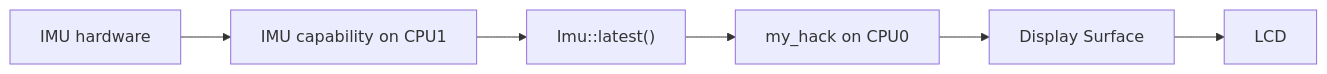
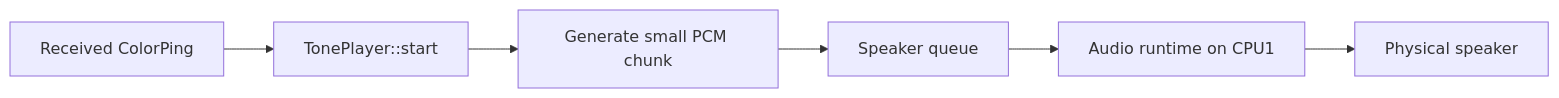
One commit to wackazong/hackandhike-2026 changed diagram 13 of 17 in README.md. Above: the diagram before and after it, drawn with Mermaid. The commit also changed other lines of this file, not shown here.

````diff
--- a/README.md
+++ b/README.md
@@ -1062,8 +1174,8 @@
 ```mermaid
 flowchart LR
-    IMUSensor["IMU hardware"] --> IMURuntime["IMU capability on CPU1"]
-    IMURuntime --> Sample["Imu::latest()"]
-    Sample --> MyApp["my_hack on CPU0"]
-    MyApp --> Surface["Display Surface"]
-    Surface --> LCD["LCD"]
+    Ping["Received ColorPing"] --> Start["TonePlayer::start"]
+    Start --> Generate["Generate small PCM chunk"]
+    Generate --> Queue["Speaker queue"]
+    Queue --> CPU1["Audio runtime on CPU1"]
+    CPU1 --> Speaker["Physical speaker"]
 ```
````
